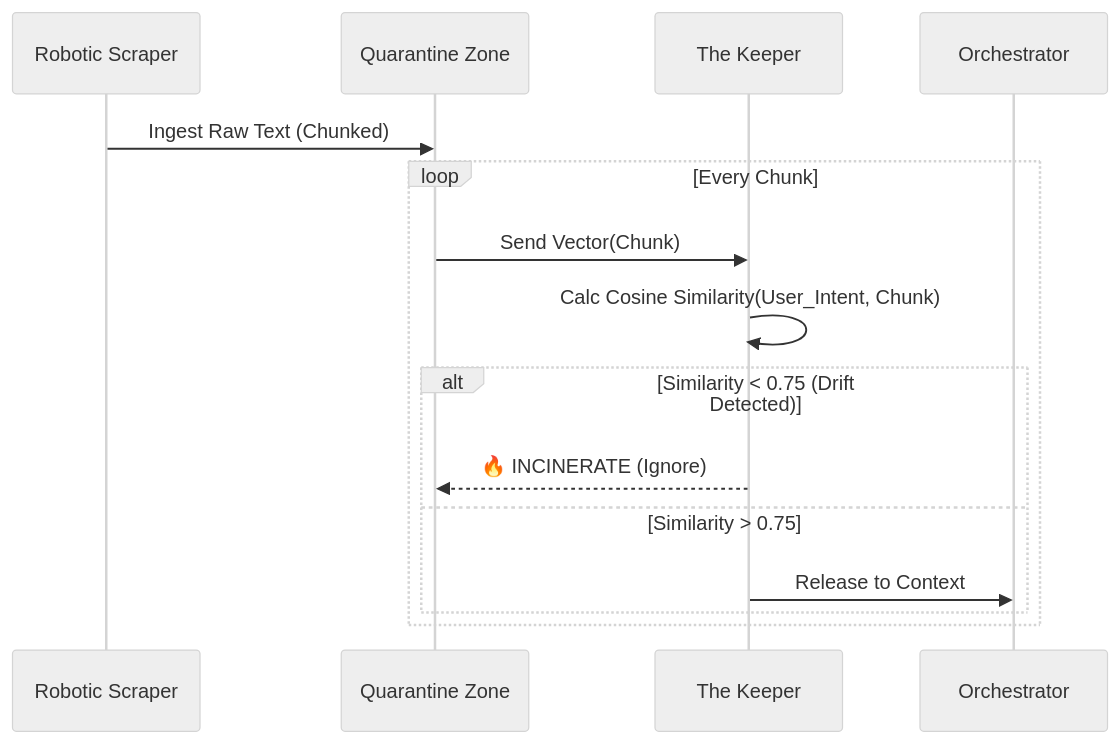
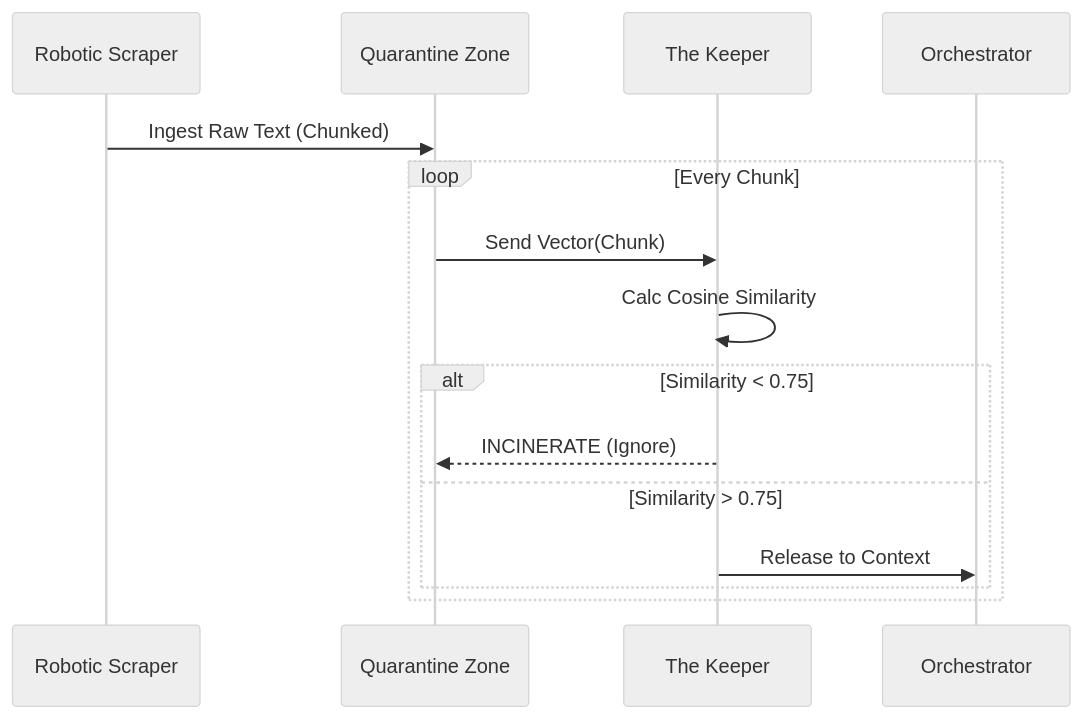
One commit to azzindani/Kea changed the fourth of 16 diagrams in README.md. Above: the diagram before and after it, drawn with Mermaid (neutral theme). The commit also changed other lines of this file and 1 other file, not shown here.

Commit message:
feat: Implement a production LangGraph research state machine with real LLM and MCP integrations for cyclic research flow.

````diff
--- a/README.md
+++ b/README.md
@@ -578,18 +547,18 @@
 ```mermaid
 sequenceDiagram
     participant Scraper as Robotic Scraper
     participant Quarantine as Quarantine Zone
     participant Keeper as The Keeper
     participant Brain as Orchestrator
 
     Scraper->>Quarantine: Ingest Raw Text (Chunked)
     loop Every Chunk
         Quarantine->>Keeper: Send Vector(Chunk)
-        Keeper->>Keeper: Calc Cosine Similarity(User_Intent, Chunk)
-        alt Similarity < 0.75 (Drift Detected)
-            Keeper-->>Quarantine: 🔥 INCINERATE (Ignore)
+        Keeper->>Keeper: Calc Cosine Similarity
+        alt Similarity < 0.75
+            Keeper-->>Quarantine: INCINERATE (Ignore)
         else Similarity > 0.75
             Keeper->>Brain: Release to Context
         end
     end
 ```
````
